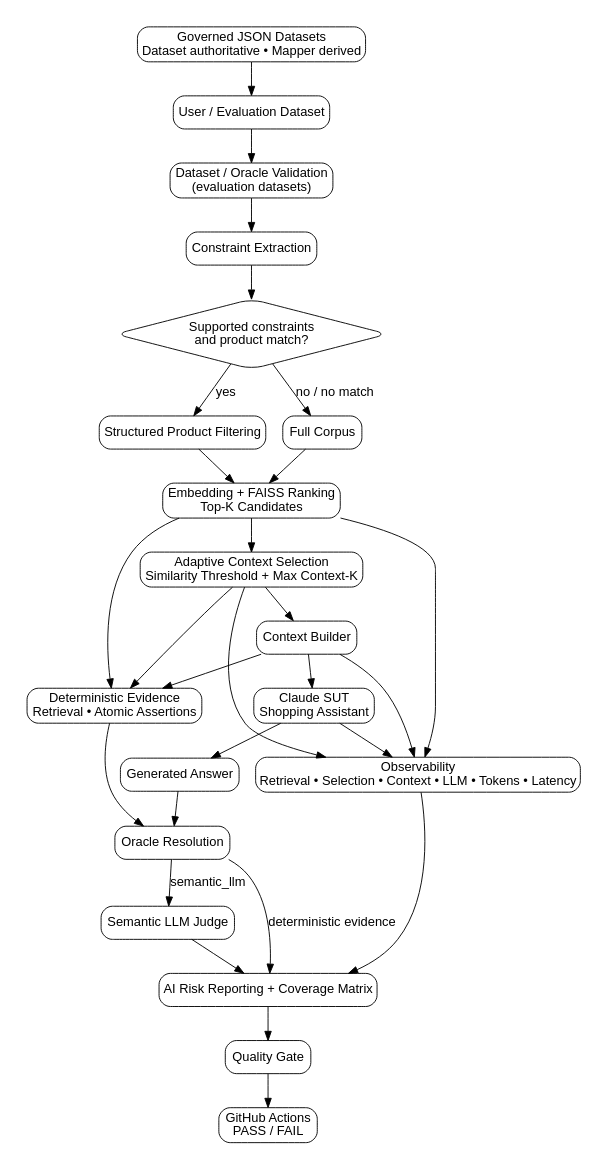
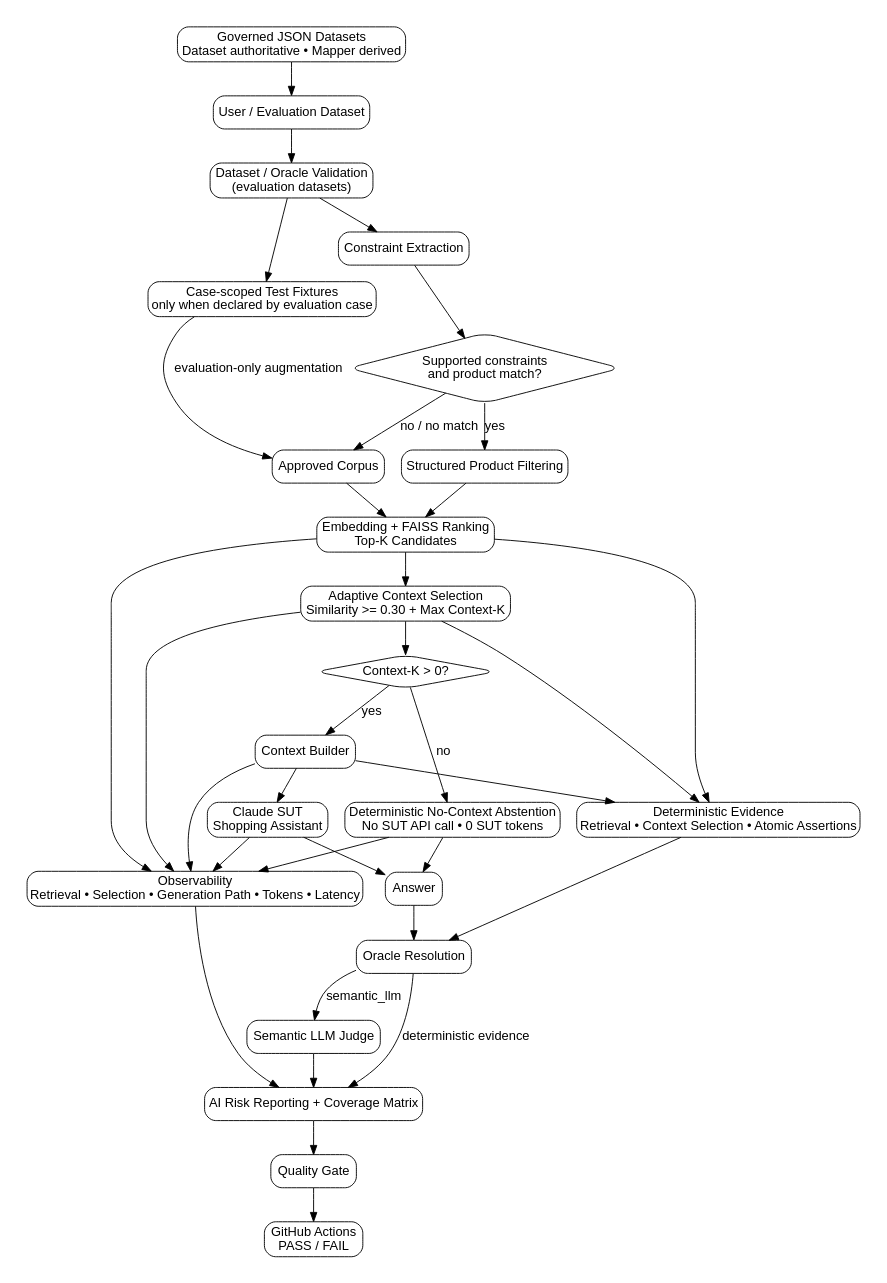
One commit to oleksandrserhieiev-beep/ai-qe-lab changed the diagram in docs/overall.dot. Above: the diagram before and after it, drawn with Graphviz.

Commit message:
Add no-context and test-fixture paths to overall architecture

```diff
--- a/docs/overall.dot
+++ b/docs/overall.dot
@@ -1,51 +1,61 @@
 digraph G {
   rankdir=TB;
   graph [fontname="Arial", bgcolor="white", pad="0.3"];
   node [shape=box, style="rounded", fontname="Arial"];
   edge [fontname="Arial"];
 
   Dataset [label="User / Evaluation Dataset"];
   Validation [label="Dataset / Oracle Validation\n(evaluation datasets)"];
+  Fixtures [label="Case-scoped Test Fixtures\nonly when declared by evaluation case"];
   Constraints [label="Constraint Extraction"];
   Decision [label="Supported constraints\nand product match?", shape=diamond];
   Filter [label="Structured Product Filtering"];
-  Corpus [label="Full Corpus"];
+  Corpus [label="Approved Corpus"];
   Retrieval [label="Embedding + FAISS Ranking\nTop-K Candidates"];
-  ContextK [label="Adaptive Context Selection\nSimilarity Threshold + Max Context-K"];
+  ContextK [label="Adaptive Context Selection\nSimilarity >= 0.30 + Max Context-K"];
+  HasContext [label="Context-K > 0?", shape=diamond];
   Context [label="Context Builder"];
   SUT [label="Claude SUT\nShopping Assistant"];
-  Answer [label="Generated Answer"];
+  Abstain [label="Deterministic No-Context Abstention\nNo SUT API call • 0 SUT tokens"];
+  Answer [label="Answer"];
 
-  Py [label="Deterministic Evidence\nRetrieval • Atomic Assertions"];
+  Py [label="Deterministic Evidence\nRetrieval • Context Selection • Atomic Assertions"];
   Oracle [label="Oracle Resolution"];
   Judge [label="Semantic LLM Judge"];
   Risk [label="AI Risk Reporting + Coverage Matrix"];
   Gate [label="Quality Gate"];
   CI [label="GitHub Actions\nPASS / FAIL"];
-  Telemetry [label="Observability\nRetrieval • Selection • Context • LLM • Tokens • Latency"];
+  Telemetry [label="Observability\nRetrieval • Selection • Generation Path • Tokens • Latency"];
   Governance [label="Governed JSON Datasets\nDataset authoritative • Mapper derived"];
 
   Dataset -> Validation -> Constraints -> Decision;
+  Validation -> Fixtures;
   Decision -> Filter [label="yes"];
   Decision -> Corpus [label="no / no match"];
+  Fixtures -> Corpus [label="evaluation-only augmentation"];
   Filter -> Retrieval;
   Corpus -> Retrieval;
-  Retrieval -> ContextK -> Context -> SUT -> Answer;
+  Retrieval -> ContextK -> HasContext;
+  HasContext -> Context [label="yes"];
+  Context -> SUT -> Answer;
+  HasContext -> Abstain [label="no"];
+  Abstain -> Answer;
 
   Retrieval -> Py;
   ContextK -> Py;
   Context -> Py;
   Answer -> Oracle;
   Py -> Oracle;
   Oracle -> Judge [label="semantic_llm"];
   Oracle -> Risk [label="deterministic evidence"];
   Judge -> Risk;
   Risk -> Gate -> CI;
 
   Retrieval -> Telemetry;
   ContextK -> Telemetry;
   Context -> Telemetry;
   SUT -> Telemetry;
+  Abstain -> Telemetry;
   Telemetry -> Risk;
   Governance -> Dataset;
 }
```
